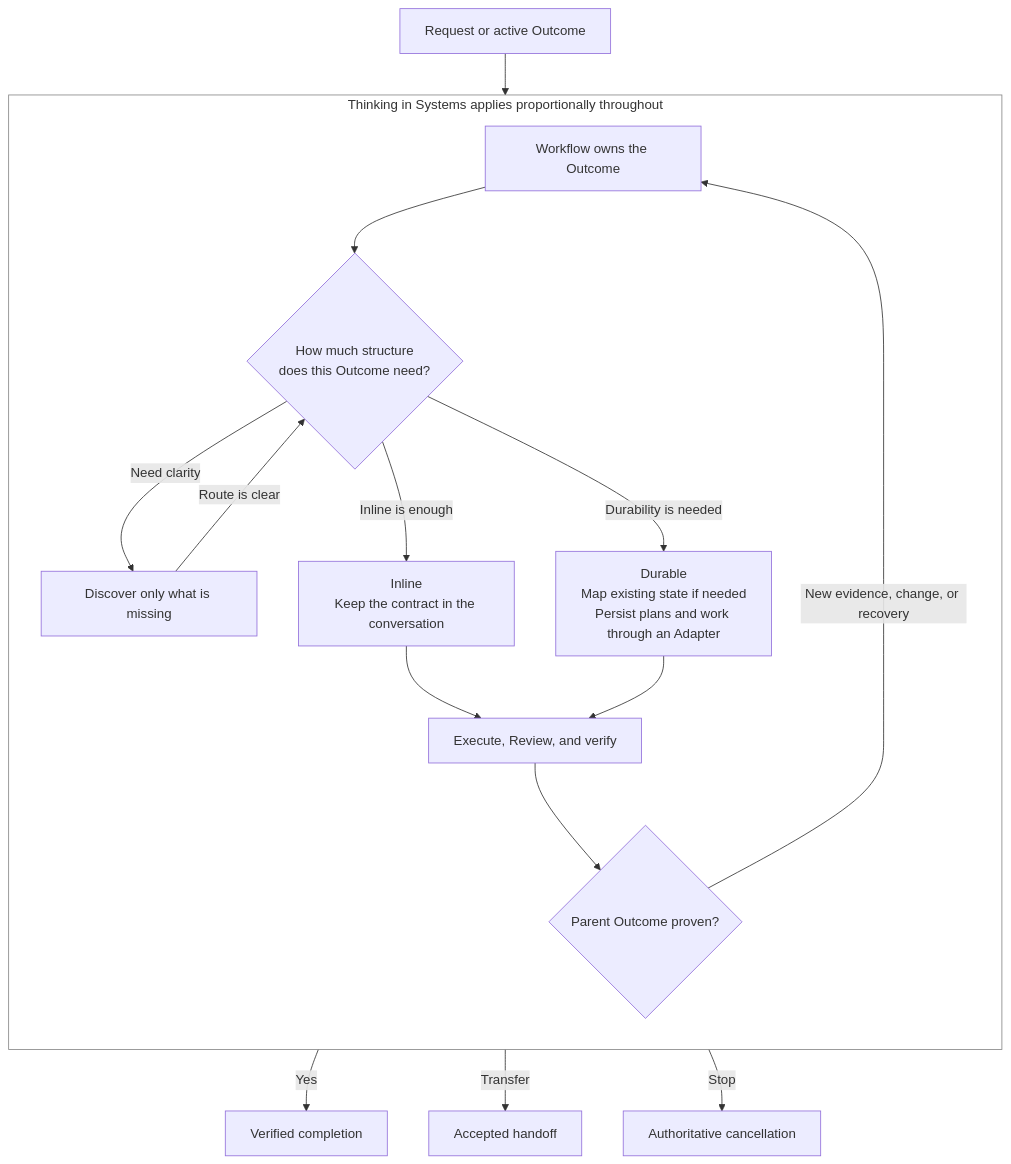
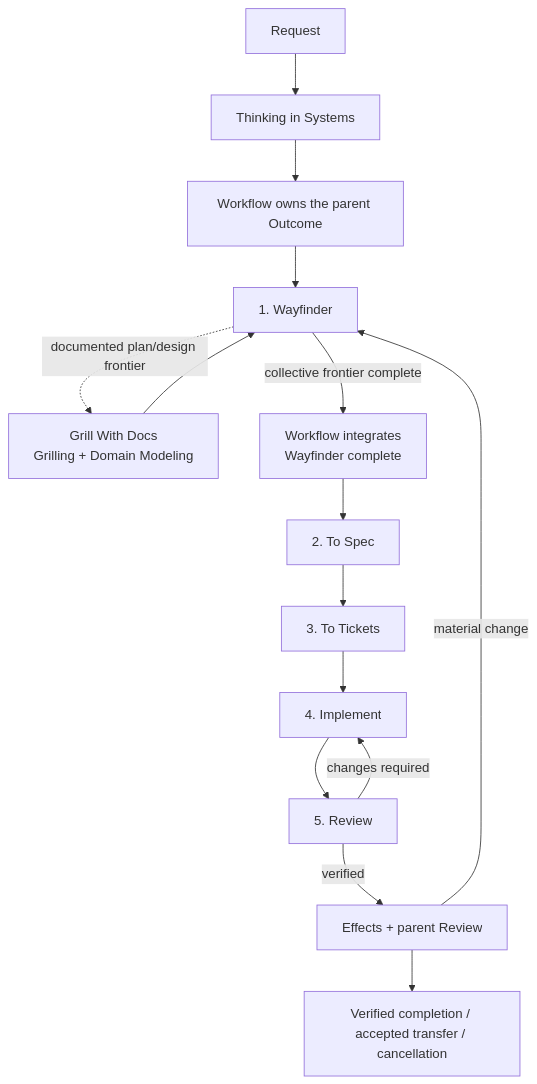
Before and after one commit to JustYannicc/skills: the diagram in README.md, drawn with Mermaid. The commit also changed other lines of this file and 10 other files, not shown here.

````diff
--- a/README.md
+++ b/README.md
@@ -126,22 +127,17 @@
 ```mermaid
 flowchart TD
-  R["Request or active Outcome"] --> W
-
-  subgraph TIS["Thinking in Systems applies proportionally throughout"]
-    direction TB
-    W["Workflow owns the Outcome"] --> Q{"How much structure<br/>does this Outcome need?"}
-    Q -- "Need clarity" --> D["Discover only what is missing"]
-    D -- "Route is clear" --> Q
-    Q -- "Inline is enough" --> I["Inline<br/>Keep the contract in the conversation"]
-    Q -- "Durability is needed" --> U["Durable<br/>Map existing state if needed<br/>Persist plans and work through an Adapter"]
-    I --> E["Execute, Review, and verify"]
-    U --> E
-    E --> P{"Parent Outcome proven?"}
-    P -- "New evidence, change, or recovery" --> W
-  end
-
-  P -- "Yes" --> X["Verified completion"]
-  P -- "Transfer" --> H["Accepted handoff"]
-  P -- "Stop" --> C["Authoritative cancellation"]
-  style TIS fill:transparent,stroke:#888,stroke-width:1px
+  R["Request"] --> TIS["Thinking in Systems"]
+  TIS --> W["Workflow owns the parent Outcome"]
+  W --> WAY["1. Wayfinder"]
+  WAY -. "documented plan/design frontier" .-> GWD["Grill With Docs<br/>Grilling + Domain Modeling"]
+  GWD --> WAY
+  WAY -- "collective frontier complete" --> WIR["Workflow integrates<br/>Wayfinder complete"]
+  WIR --> S["2. To Spec"]
+  S --> TK["3. To Tickets"]
+  TK --> I["4. Implement"]
+  I --> RV["5. Review"]
+  RV -- "changes required" --> I
+  RV -- "verified" --> P["Effects + parent Review"]
+  P -- "material change" --> WAY
+  P --> X["Verified completion / accepted transfer / cancellation"]
 ```
````
